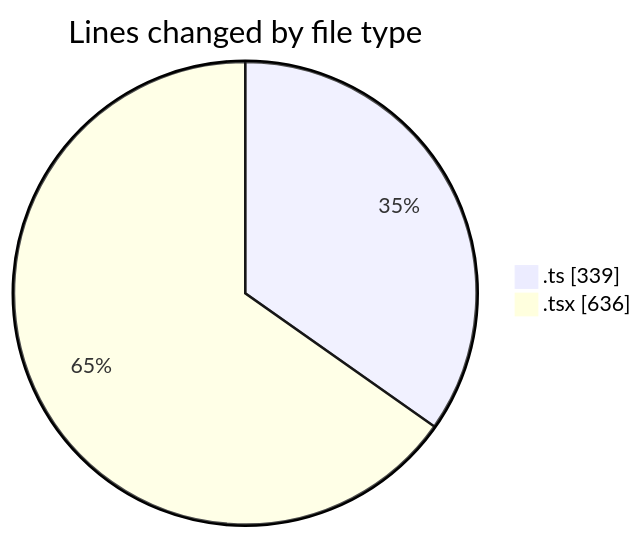
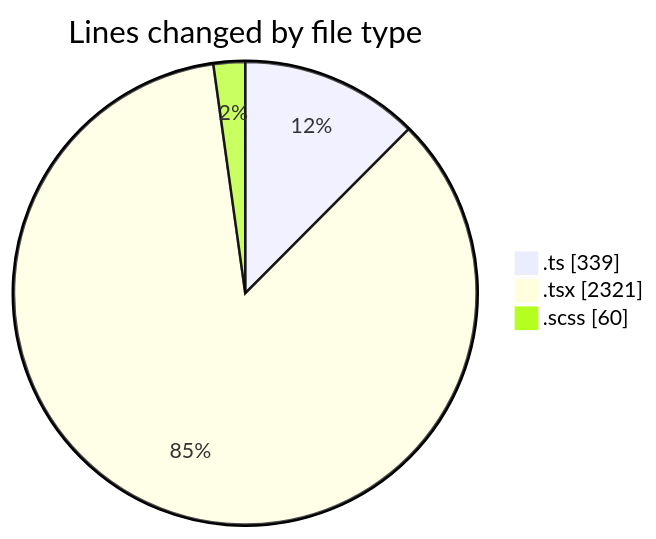
One commit to momahboobian/code-tracking changed the first of 2 diagrams in 2026-10-21/cda/README.md. Above: the diagram before and after it, drawn with Mermaid. The commit also changed other lines of this file and 1 other file, not shown here.

````diff
--- a/2026-10-21/cda/README.md
+++ b/2026-10-21/cda/README.md
@@ -21,6 +27,7 @@
 ```mermaid
 pie showData
 title Lines changed by file type
 ".ts" : 339
-".tsx" : 636
+".tsx" : 2321
+".scss" : 60
 ```
````
